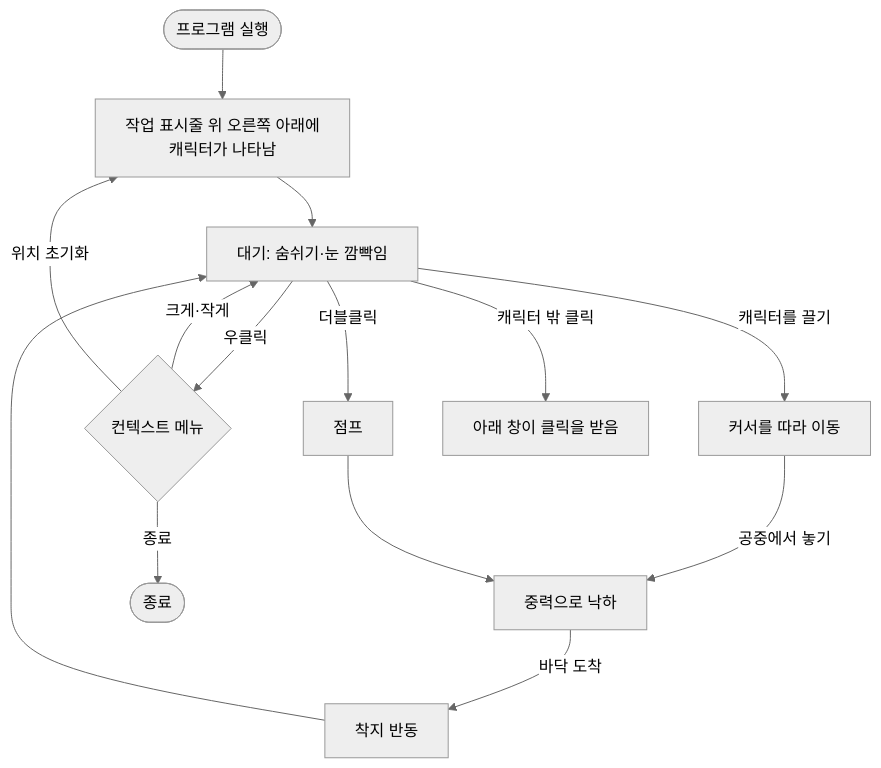
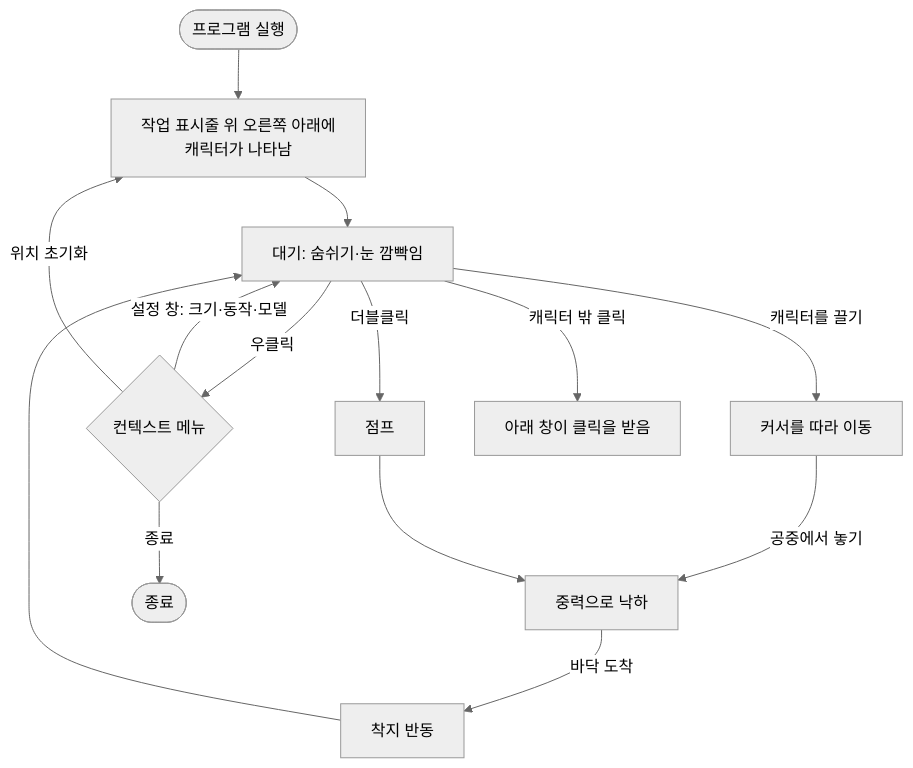
Before and after one commit to ChoHye0N/TinyDeskPet: the diagram in docs/01-requirements/SRS.md, drawn with Mermaid (neutral theme). The commit also changed other lines of this file and 15 other files, not shown here.

````diff
--- a/docs/01-requirements/SRS.md
+++ b/docs/01-requirements/SRS.md
@@ -75,14 +75,14 @@
 ```mermaid
 flowchart TD
     Start([프로그램 실행]) --> Appear[작업 표시줄 위 오른쪽 아래에<br/>캐릭터가 나타남]
     Appear --> Idle[대기: 숨쉬기·눈 깜빡임]
     Idle -->|캐릭터를 끌기| Drag[커서를 따라 이동]
     Drag -->|공중에서 놓기| Fall[중력으로 낙하]
     Fall -->|바닥 도착| Land[착지 반동] --> Idle
     Idle -->|더블클릭| Jump[점프] --> Fall
     Idle -->|우클릭| Menu{컨텍스트 메뉴}
-    Menu -->|크게·작게| Idle
+    Menu -->|설정 창: 크기·동작·모델| Idle
     Menu -->|위치 초기화| Appear
     Menu -->|종료| End([종료])
     Idle -->|캐릭터 밖 클릭| Pass[아래 창이 클릭을 받음]
 ```
````
